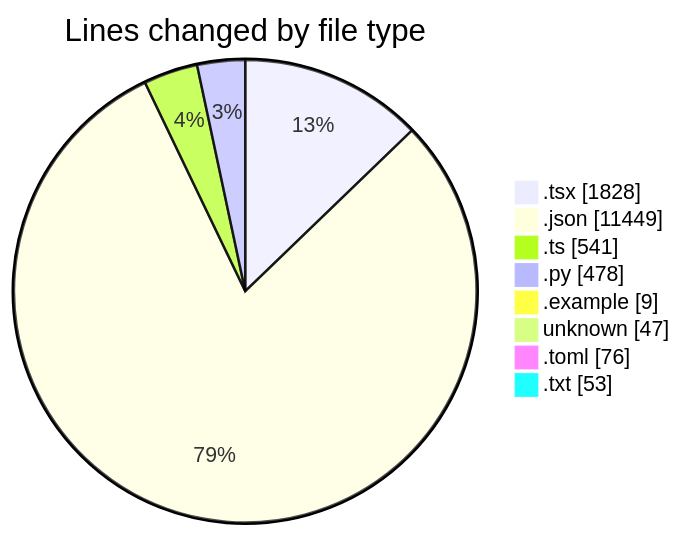
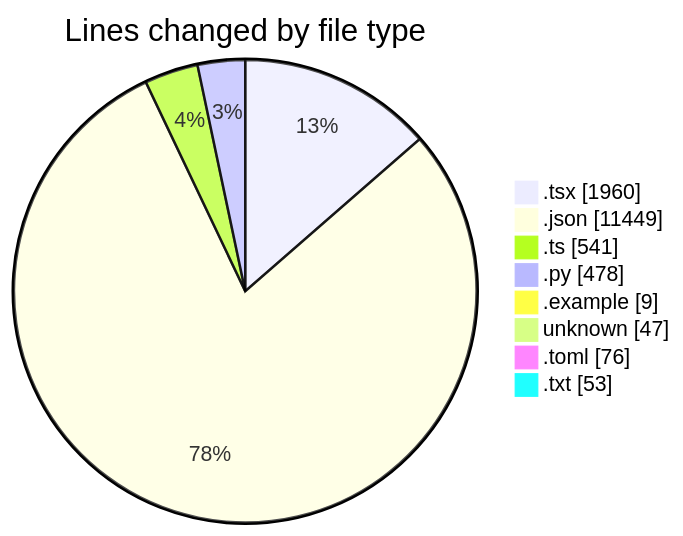
Before and after one commit to Elitesun/code-tracking: the first of 2 diagrams in 2025-04-30/niten/README.md, drawn with Mermaid. The commit also changed other lines of this file and 1 other file, not shown here.

````diff
--- a/2025-04-30/niten/README.md
+++ b/2025-04-30/niten/README.md
@@ -67,12 +68,12 @@
 ```mermaid
 pie showData
 title Lines changed by file type
-".tsx" : 1828
+".tsx" : 1960
 ".json" : 11449
 ".ts" : 541
 ".py" : 478
 ".example" : 9
 "unknown" : 47
 ".toml" : 76
 ".txt" : 53
 ```
````
